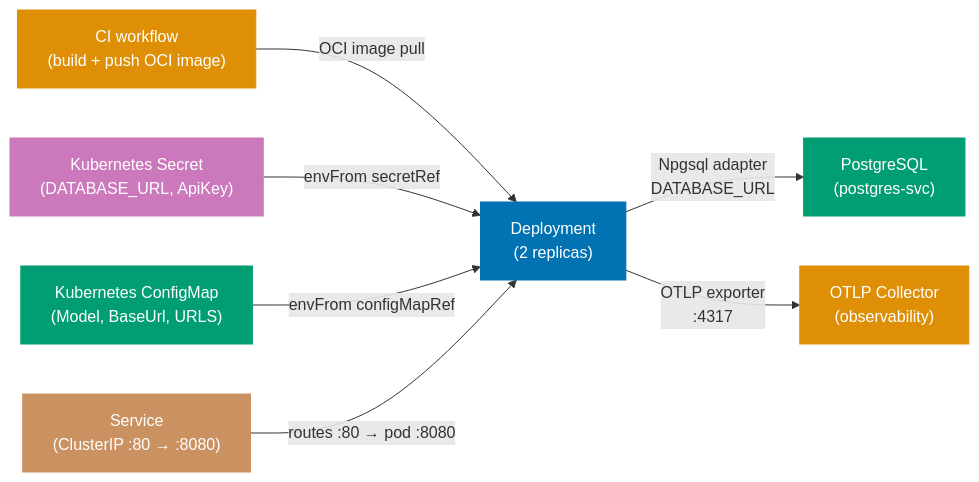
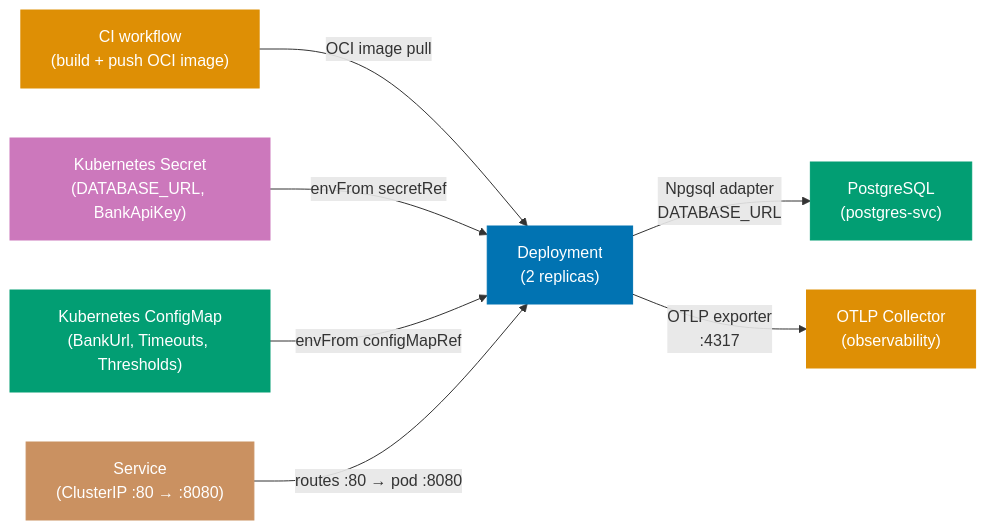
One commit to wahidyankf/open-sharia-enterprise changed the diagram in apps/ayokoding-web/content/en/learn/software-engineering/architecture/ddd-hexagonal-in-practice/fp-in-the-field/production.md. Above: the diagram before and after it, drawn with Mermaid. The commit also changed other lines of this file and 38 other files, not shown here.

First line of the commit message:
docs(ayokoding-web): unify architecture tutorials on shared P2P domain

````diff
--- a/apps/ayokoding-web/content/en/learn/software-engineering/architecture/ddd-hexagonal-in-practice/fp-in-the-field/production.md
+++ b/apps/ayokoding-web/content/en/learn/software-engineering/architecture/ddd-hexagonal-in-practice/fp-in-the-field/production.md
@@ -193,23 +157,23 @@
 ```mermaid
 flowchart LR
     ci["CI workflow\n(build + push OCI image)"]:::orange
-    secret["Kubernetes Secret\n(DATABASE_URL, ApiKey)"]:::purple
-    cm["Kubernetes ConfigMap\n(Model, BaseUrl, URLS)"]:::teal
+    secret["Kubernetes Secret\n(DATABASE_URL, BankApiKey)"]:::purple
+    cm["Kubernetes ConfigMap\n(BankUrl, Timeouts, Thresholds)"]:::teal
     dep["Deployment\n(2 replicas)"]:::blue
     svc["Service\n(ClusterIP :80 → :8080)"]:::brown
     pg["PostgreSQL\n(postgres-svc)"]:::teal
     otel["OTLP Collector\n(observability)"]:::orange
 
     ci -->|"OCI image pull"| dep
     secret -->|"envFrom secretRef"| dep
     cm -->|"envFrom configMapRef"| dep
     dep -->|"Npgsql adapter\nDATABASE_URL"| pg
     dep -->|"OTLP exporter\n:4317"| otel
     svc -->|"routes :80 → pod :8080"| dep
 
     classDef orange fill:#DE8F05,color:#fff,stroke:#DE8F05
     classDef purple fill:#CC78BC,color:#fff,stroke:#CC78BC
     classDef teal fill:#029E73,color:#fff,stroke:#029E73
     classDef blue fill:#0173B2,color:#fff,stroke:#0173B2
     classDef brown fill:#CA9161,color:#fff,stroke:#CA9161
 ```
````
